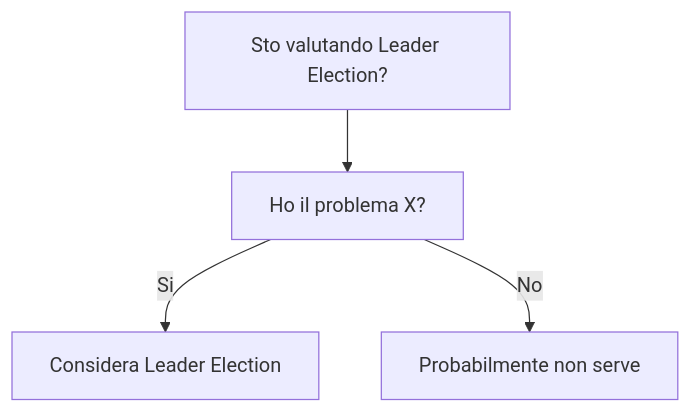
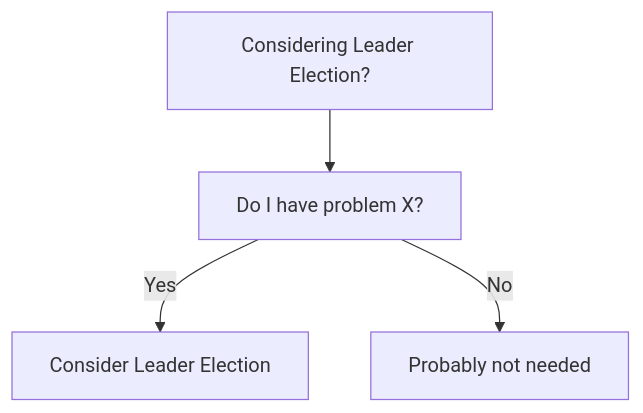
The diagram in dev-wiki/05_Distributed_Systems/Leader_Election/When_To_Use.md (HxT9/Software-Dev-Wiki), drawn with Mermaid before and after one commit. The commit also changed other lines of this file and 3444 other files, not shown here.

````diff
--- a/dev-wiki/05_Distributed_Systems/Leader_Election/When_To_Use.md
+++ b/dev-wiki/05_Distributed_Systems/Leader_Election/When_To_Use.md
@@ -19,6 +19,6 @@
 ```mermaid
 flowchart TD
-  Q[Sto valutando Leader Election?] --> Q1[Ho il problema X?]
-  Q1 -->|Si| OK[Considera Leader Election]
-  Q1 -->|No| NO[Probabilmente non serve]
+  Q[Considering Leader Election?] --> Q1[Do I have problem X?]
+  Q1 -->|Yes| OK[Consider Leader Election]
+  Q1 -->|No| NO[Probably not needed]
 ```
````
